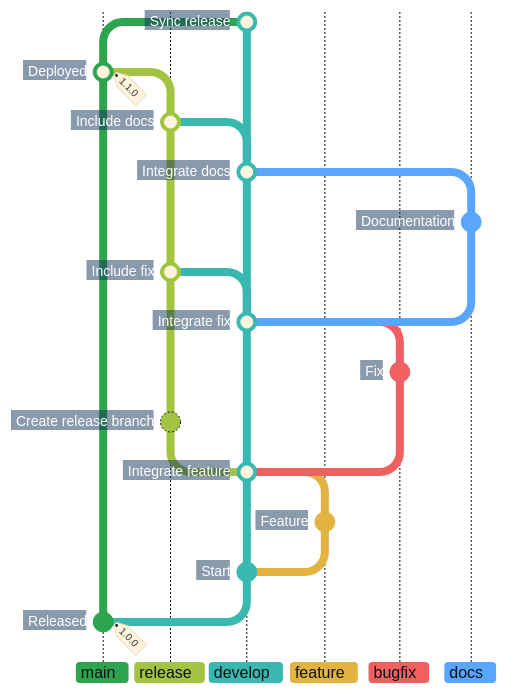
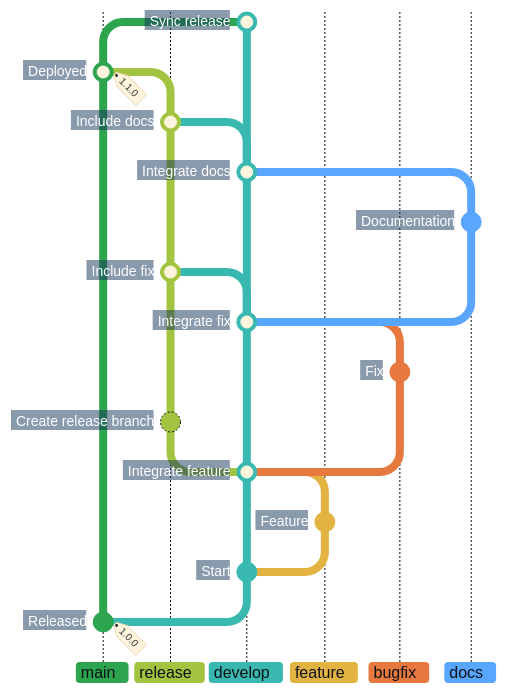
The first of 3 diagrams in docs/adr/cicd.md (superhero/operations.superduper.solutions), drawn with Mermaid before and after one commit. The commit also changed other lines of this file, not shown here.

Commit message:
docs: use red-orange for bugfix branches

````diff
--- a/docs/adr/cicd.md
+++ b/docs/adr/cicd.md
@@ -51,41 +51,41 @@
 ```mermaid
 %%{init: {"theme": "base", "themeCSS": "line.branch { stroke: #8B949E; stroke-width: 1px; stroke-dasharray: 1 4; stroke-linecap: round; } .branchLabel { font-weight: 700; } .branchLabelBkg { clip-path: inset(0 8px 0 0 round 4px) fill-box; } .commit-labels g:nth-last-of-type(-n+2) { visibility: hidden; } .commit-label { font-weight: 700; transform: translateX(-8px); } .commit-label-bkg { opacity: 1; stroke: #17365D; stroke-width: 20px; transform: translateX(-5px); clip-path: polygon(-4px -4px, calc(100% + 4px) -4px, calc(100% + 10px) 50%, calc(100% + 4px) calc(100% + 4px), -4px calc(100% + 4px)) fill-box; } .commit.branch { stroke: #A3C441; stroke-dasharray: none; } .commit-labels g:nth-last-of-type(4) { transform-box: fill-box; transform: translate(calc(100% + 44px), -26px); } .commit-labels g:nth-last-of-type(4) .commit-label-bkg { stroke-width: 56px; clip-path: polygon(-4px -4px, calc(100% + 4px) -4px, calc(100% + 4px) calc(100% + 4px), 4px calc(100% + 4px), -10px calc(50% + 28px), -4px calc(100% + 4px)) fill-box; }", "gitGraph": {"showCommitLabel": true, "rotateCommitLabel": false}, "themeVariables": {
     "commitLabelFontSize": "14px", "commitLabelColor": "#FFFFFF", "commitLabelBackground": "#17365D",
     "git0": "#2DA44E", "gitBranchLabel0": "#0D1117",
     "git1": "#A3C441", "gitBranchLabel1": "#0D1117",
     "git2": "#39B8B0", "gitBranchLabel2": "#0D1117",
     "git3": "#E3B341", "gitBranchLabel3": "#0D1117",
-    "git4": "#F06060", "gitBranchLabel4": "#0D1117",
+    "git4": "#E8793E", "gitBranchLabel4": "#0D1117",
     "git5": "#58A6FF", "gitBranchLabel5": "#0D1117"
 }}}%%
 gitGraph BT:
     %% Keep the feature-integration note clear of the leftward release fork.
     %% In BT order, the last two label groups are the initial notes; the version tag stays visible.
     commit id: "Released" tag: "1.0.0"
     branch develop order: 2
     commit id: "Start"
     branch "feature" order: 3
     commit id: "Feature"
     checkout develop
     merge "feature" id: "Integrate feature"
     branch "release" order: 1
     commit id: "Create release branch"
     checkout develop
     branch "bugfix" order: 4
     commit id: "Fix"
     checkout develop
     merge "bugfix" id: "Integrate fix"
     checkout "release"
     merge develop id: "Include fix"
     checkout develop
     branch "docs" order: 5
     commit id: "Documentation"
     checkout develop
     merge "docs" id: "Integrate docs"
     checkout "release"
     merge develop id: "Include docs"
     checkout main
     merge "release" id: "Deployed" tag: "1.1.0"
     checkout develop
     merge main id: "Sync release"
 ```
````
